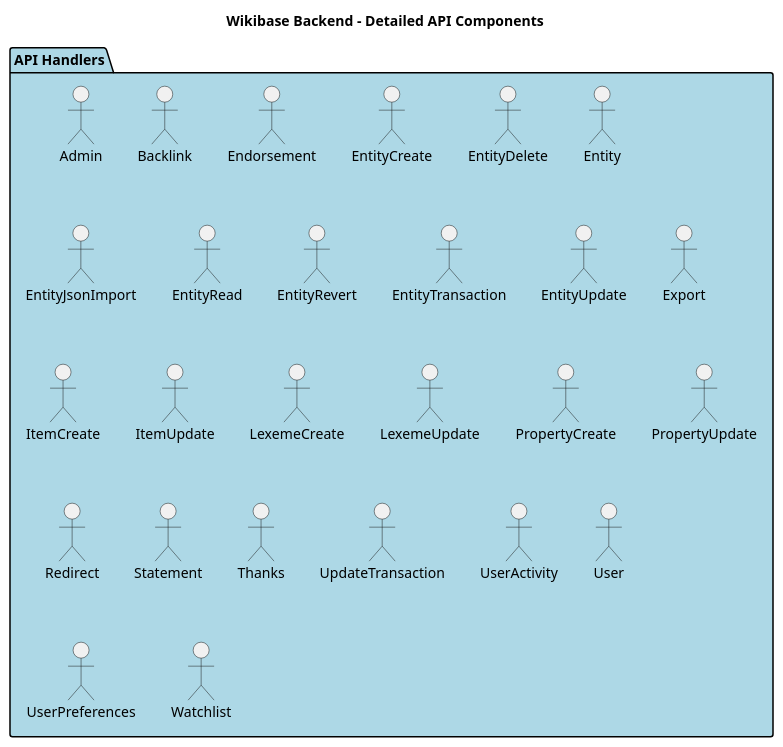
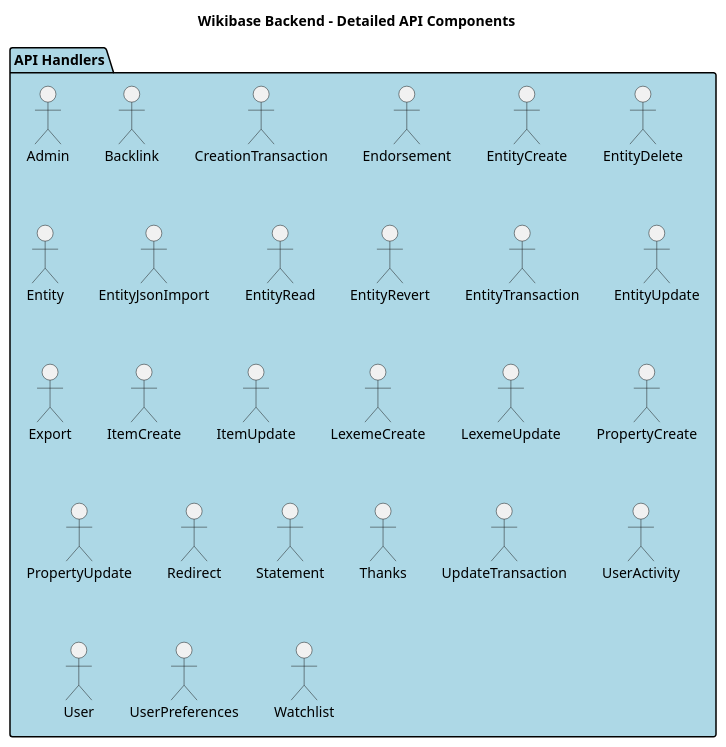
Before and after one commit to dpriskorn/entitybase-backend: the diagram in doc/DIAGRAMS/detailed_api_components.puml, drawn with PlantUML. The commit also changed 9 other files, not shown here.

```diff
--- a/doc/DIAGRAMS/detailed_api_components.puml
+++ b/doc/DIAGRAMS/detailed_api_components.puml
@@ -1,37 +1,37 @@
 @startuml Detailed API Components
 
 title Wikibase Backend - Detailed API Components
 
 package "API Handlers" as APIHandlers #LightBlue {
     "Admin" as AdminHandler
     "Backlink" as BacklinkHandler
+    "CreationTransaction" as CreationTransaction
     "Endorsement" as EndorsementHandler
     "EntityCreate" as EntityCreateHandler
     "EntityCreate" as EntityCreateHandler
     "EntityDelete" as EntityDeleteHandler
     "Entity" as EntityHandler
     "EntityJsonImport" as EntityJsonImportHandler
     "EntityRead" as EntityReadHandler
     "EntityRevert" as EntityRevertHandler
-    "EntityTransaction" as EntityTransaction
     "EntityTransaction" as EntityTransaction
     "EntityUpdate" as EntityUpdateHandler
     "EntityUpdate" as EntityUpdateHandler
     "Export" as ExportHandler
     "ItemCreate" as ItemCreateHandler
     "ItemUpdate" as ItemUpdateHandler
     "LexemeCreate" as LexemeCreateHandler
     "LexemeUpdate" as LexemeUpdateHandler
     "PropertyCreate" as PropertyCreateHandler
     "PropertyUpdate" as PropertyUpdateHandler
     "Redirect" as RedirectHandler
     "Statement" as StatementHandler
     "Thanks" as ThanksHandler
     "UpdateTransaction" as UpdateTransaction
     "UserActivity" as UserActivityHandler
     "User" as UserHandler
     "UserPreferences" as UserPreferencesHandler
     "Watchlist" as WatchlistHandler
 }
 
 @enduml
```
